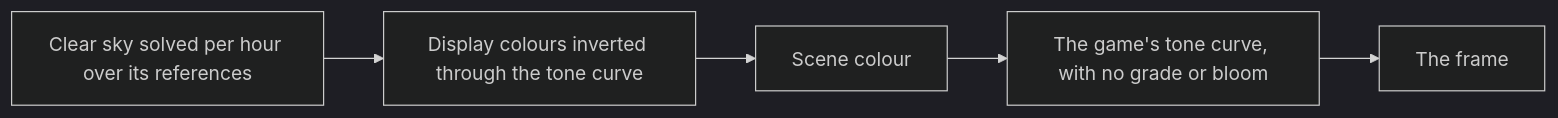
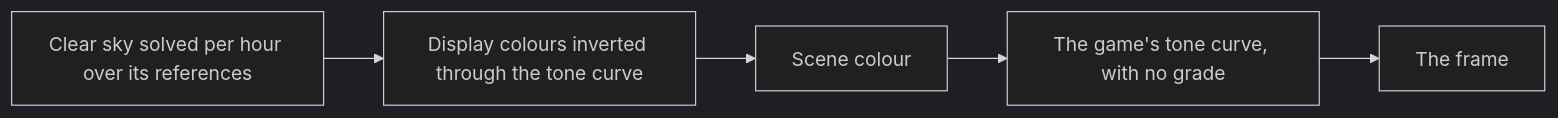
One commit to Esposter/Esposter changed the diagram in openspec/specs/genshin/login-screen/sky/design.md. Above: the diagram before and after it, drawn with Mermaid (dark theme). The commit also changed other lines of this file and 23 other files, not shown here.

````diff
--- a/openspec/specs/genshin/login-screen/sky/design.md
+++ b/openspec/specs/genshin/login-screen/sky/design.md
@@ -7,7 +7,7 @@
 ```mermaid
 flowchart LR
   SOLVE["Clear sky solved per hour over its references"] --> INV["Display colours inverted through the tone curve"]
   INV --> SCENE["Scene colour"]
-  SCENE --> CURVE["The game's tone curve, with no grade or bloom"]
+  SCENE --> CURVE["The game's tone curve, with no grade"]
   CURVE --> FRAME["The frame"]
 ```
````
